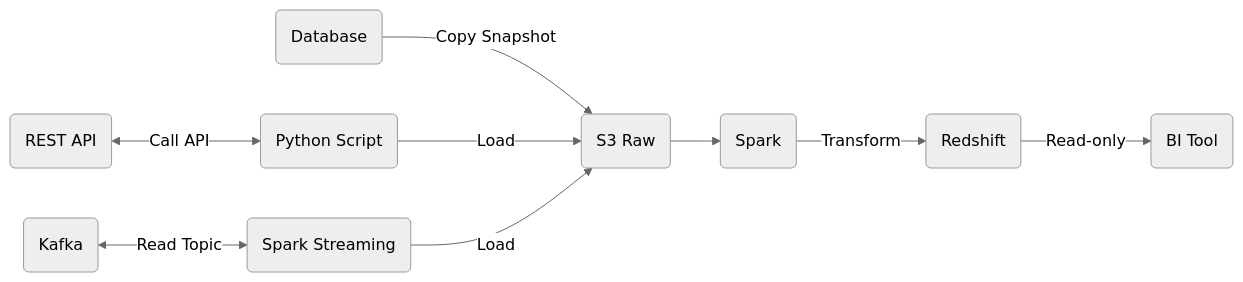
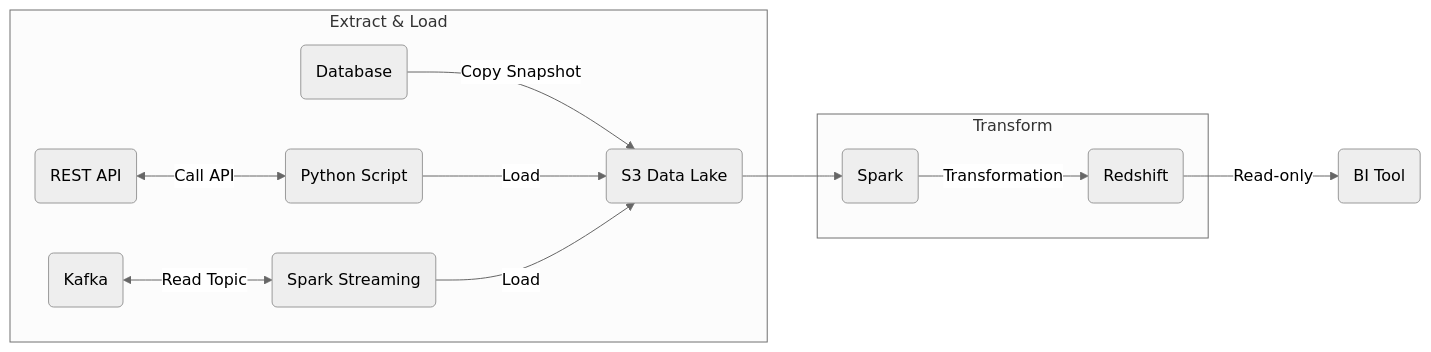
The first of 2 diagrams in Architecture.md (chace86/senior-data-engineer-assignment), drawn with Mermaid (neutral theme) before and after one commit. The commit also changed other lines of this file, not shown here.

Commit message:
update with extract and load

````diff
--- a/Architecture.md
+++ b/Architecture.md
@@ -3,30 +3,38 @@
 ```mermaid
 
   flowchart LR;
 
-  raw_s3(S3 Raw)
+  subgraph Extract & Load
 
-  src_api(REST API) <-->
-    |Call API| python_script
+    data_lake_s3(S3 Data Lake)
 
-  src_db(Database) -->
-    |Copy Snapshot| raw_s3
+    src_api(REST API) <-->
+      |Call API| python_script
 
-  src_stream(Kafka) <-->
-    |Read Topic| spark_streaming
+    src_db(Database) -->
+      |Copy Snapshot| data_lake_s3
 
-  python_script(Python Script) -->
-    |Load| raw_s3
+    src_stream(Kafka) <-->
+      |Read Topic| spark_streaming
 
-  spark_streaming(Spark Streaming) -->
-    |Load| raw_s3
+    python_script(Python Script) -->
+      |Load| data_lake_s3
 
-  raw_s3 --> spark(Spark)
+    spark_streaming(Spark Streaming) -->
+      |Load| data_lake_s3
 
-  spark -->
-    |Transform| redshift(Redshift)
+  end
+
+  subgraph Transform
+
+    data_lake_s3 --> spark(Spark)
+
+    spark -->
+      |Transformation| redshift(Redshift)
+
+  end
 
   redshift -->
     |Read-only| bi_tool(BI Tool)
 
 ```
````
